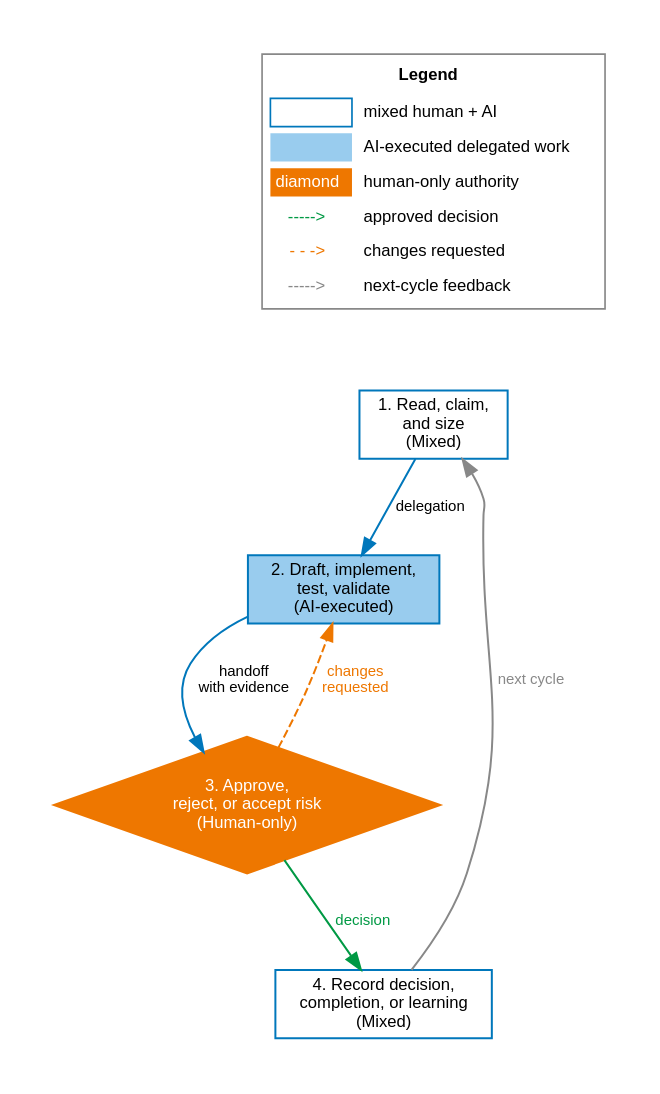
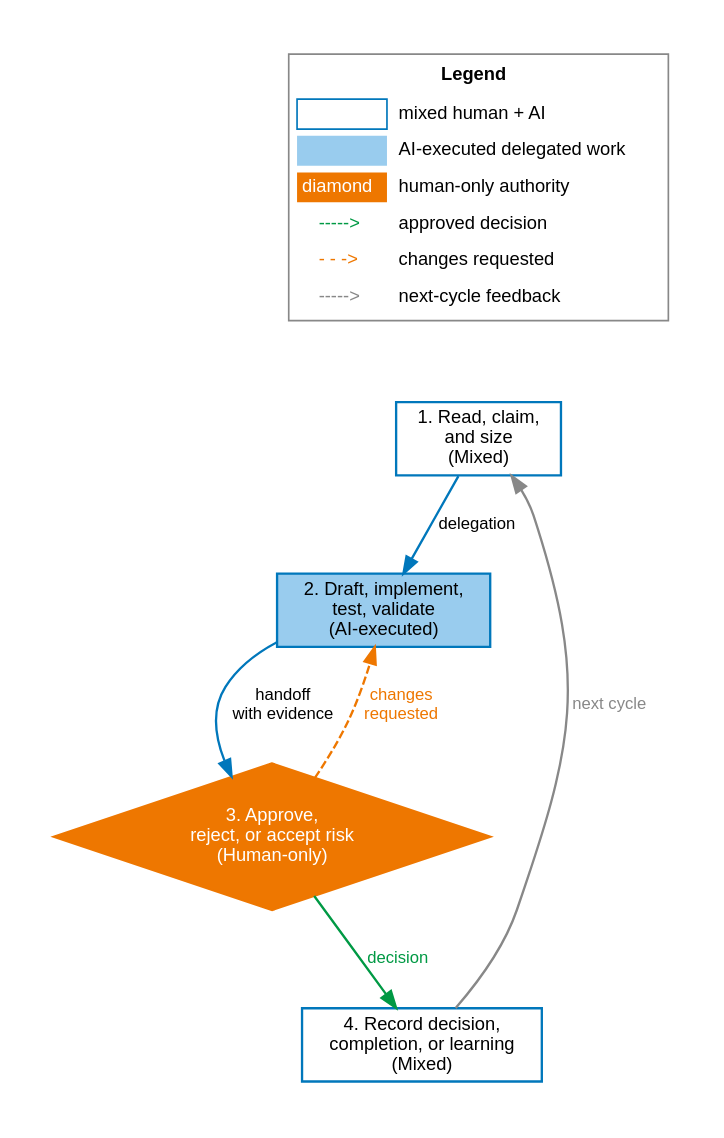
Before and after one commit to janipaijanen/agf-mirror: the diagram in agf/docs/figures/src/operating-responsibility-map.dot, drawn with Graphviz. The commit also changed 32 other files, not shown here.

Commit message:
docs: normalize figure readability standards

```diff
--- a/agf/docs/figures/src/operating-responsibility-map.dot
+++ b/agf/docs/figures/src/operating-responsibility-map.dot
@@ -1,42 +1,42 @@
 // SPDX-License-Identifier: CC-BY-SA-4.0
 // agents-govern: day-to-day responsibility modes
 // Generate: dot -Tsvg operating-responsibility-map.dot -o ../operating-responsibility-map.svg
 digraph operating_responsibility_map {
     graph [rankdir=TB, splines=spline, pad=0.35, nodesep=0.45, ranksep=0.65,
-           fontname="Helvetica", fontsize=11, compound=true]
-    node  [fontname="Helvetica", fontsize=10, style=filled, shape=box,
-           fillcolor=white, color="#0077BB", penwidth=1.2]
-    edge  [fontname="Helvetica", fontsize=9, color="#0077BB", penwidth=1.2]
+           bgcolor=white, fontname="Helvetica", fontsize=12, compound=true]
+    node  [fontname="Helvetica", fontsize=11, style=filled, shape=box,
+           fillcolor=white, color="#0077BB", penwidth=1.4]
+    edge  [fontname="Helvetica", fontsize=10, color="#0077BB", penwidth=1.4]
 
     legend [shape=plain, label=<
         <TABLE BORDER="1" CELLBORDER="0" CELLSPACING="4" CELLPADDING="3" COLOR="#888888" BGCOLOR="white">
             <TR><TD COLSPAN="2"><B>Legend</B></TD></TR>
             <TR><TD BORDER="1" COLOR="#0077BB" WIDTH="28"></TD><TD ALIGN="LEFT">mixed human + AI</TD></TR>
             <TR><TD BGCOLOR="#99CCEE" WIDTH="28"></TD><TD ALIGN="LEFT">AI-executed delegated work</TD></TR>
             <TR><TD BGCOLOR="#EE7700" WIDTH="28"><FONT COLOR="white">diamond</FONT></TD><TD ALIGN="LEFT">human-only authority</TD></TR>
             <TR><TD><FONT COLOR="#009944">-----&gt;</FONT></TD><TD ALIGN="LEFT">approved decision</TD></TR>
             <TR><TD><FONT COLOR="#EE7700">- - -&gt;</FONT></TD><TD ALIGN="LEFT">changes requested</TD></TR>
             <TR><TD><FONT COLOR="#888888">-----&gt;</FONT></TD><TD ALIGN="LEFT">next-cycle feedback</TD></TR>
         </TABLE>
     >]
 
     read    [label="1. Read, claim,\nand size\n(Mixed)", fillcolor=white]
     execute [label="2. Draft, implement,\ntest, validate\n(AI-executed)",
              fillcolor="#99CCEE"]
     decide  [label="3. Approve,\nreject, or accept risk\n(Human-only)",
              shape=diamond, fillcolor="#EE7700", fontcolor=white,
              color="#EE7700"]
     record  [label="4. Record decision,\ncompletion, or learning\n(Mixed)",
              fillcolor=white]
 
     read -> execute [label="delegation"]
     execute -> decide [label="handoff\nwith evidence"]
     decide -> execute [label="changes\nrequested", style=dashed,
                        color="#EE7700", fontcolor="#EE7700"]
     decide -> record [label="decision", color="#009944",
                       fontcolor="#009944"]
     record -> read [label="next cycle", color="#888888",
                     fontcolor="#888888"]
 
     legend -> read [style=invis]
 }
```
